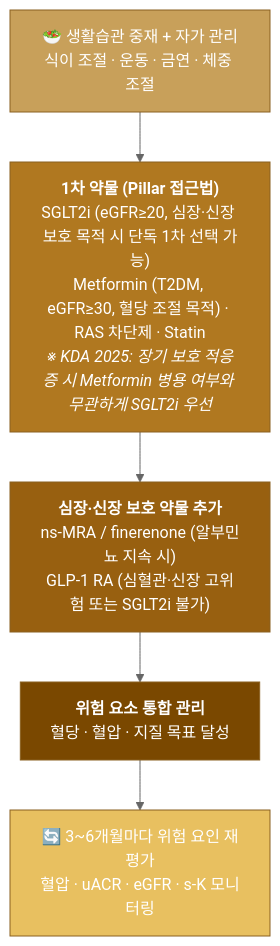
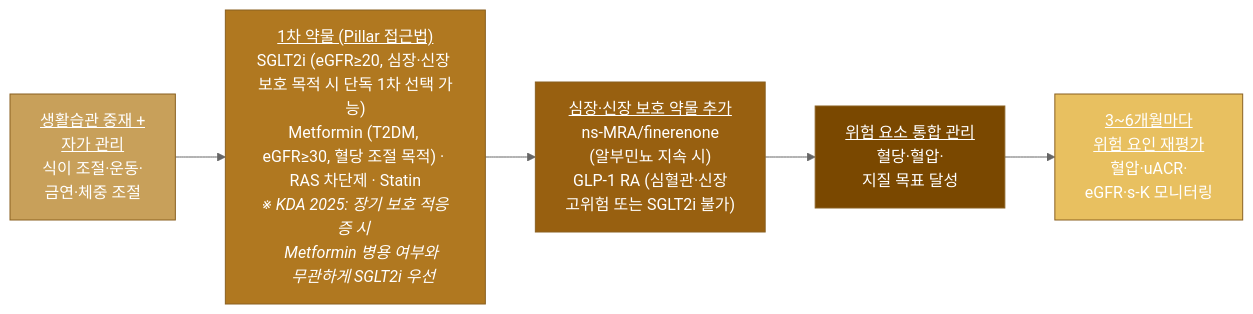
Before and after one commit to familyoh77/familyoh77: the first of 2 diagrams in 226_/102_-complications-of-diabetes.md, drawn with Mermaid (neutral theme). The commit also changed other lines of this file and 1 other file, not shown here.

````diff
--- a/226_/102_-complications-of-diabetes.md
+++ b/226_/102_-complications-of-diabetes.md
@@ -151,16 +150,25 @@
 ```mermaid
-graph TD
-    A["🥗 생활습관 중재 + 자가 관리<br/>식이 조절 · 운동 · 금연 · 체중 조절"]
-    B["<b>1차 약물 (Pillar 접근법)</b><br/>SGLT2i (eGFR≥20, 심장·신장 보호 목적 시 단독 1차 선택 가능)<br/>Metformin (T2DM, eGFR≥30, 혈당 조절 목적) · RAS 차단제 · Statin<br/><i>※ KDA 2025: 장기 보호 적응증 시 Metformin 병용 여부와 무관하게 SGLT2i 우선</i>"]
-    C["<b>심장·신장 보호 약물 추가</b><br/>ns-MRA / finerenone (알부민뇨 지속 시)<br/>GLP-1 RA (심혈관·신장 고위험 또는 SGLT2i 불가)"]
-    D["<b>위험 요소 통합 관리</b><br/>혈당 · 혈압 · 지질 목표 달성"]
-    E["🔄 3~6개월마다 위험 요인 재평가<br/>혈압 · uACR · eGFR · s-K 모니터링"]
+graph LR
+    A["<u>생활습관 중재 + 
+    자가 관리</u><br/>식이 조절·운동·
+    금연·체중 조절"]
+    B["<u>1차 약물 (Pillar 접근법)</u><br/>SGLT2i (eGFR≥20, 심장·신장 보호 목적 시 단독 1차 선택 가능)<br/>Metformin (T2DM, eGFR≥30, 혈당 조절 목적) · RAS 차단제 · Statin<br/><i>※ KDA 2025: 장기 보호 적응증 시 
+    Metformin 병용 여부와 
+    무관하게 SGLT2i 우선</i>"]
+    C["<u>심장·신장 보호 약물 추가</u><br/>ns-MRA/finerenone
+    (알부민뇨 지속 시)<br/>GLP-1 RA (심혈관·신장 
+    고위험 또는 SGLT2i 불가)"]
+    D["<u>위험 요소 통합 관리</u><br/>혈당·혈압·
+    지질 목표 달성"]
+    E["<u>3~6개월마다 
+    위험 요인 재평가</u><br/>혈압·uACR·
+    eGFR·s-K 모니터링"]
 
     A --> B --> C --> D --> E
 
     style A fill:#c8a05a,stroke:#8a6020,color:#fff
     style B fill:#b07820,stroke:#8a6020,color:#fff
     style C fill:#986010,stroke:#8a6020,color:#fff
     style D fill:#7a4800,stroke:#8a6020,color:#fff
     style E fill:#e8c060,stroke:#8a6020,color:#fff
 ```
````
